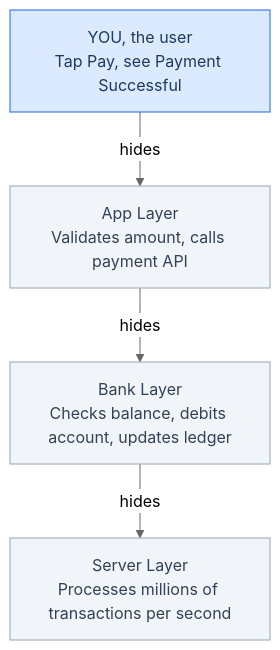
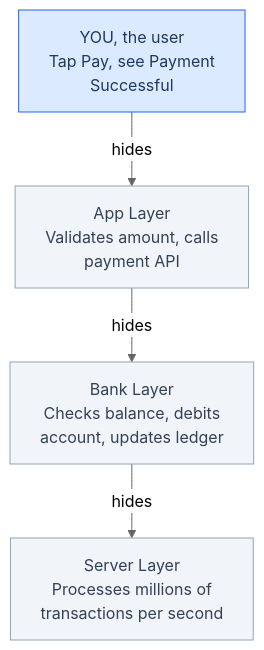
Before and after one commit to VishnuKumpati/Python-foundations: the third of 5 diagrams in modules/m1-computational-thinking/unit-m1-2-core-computational-thinking-skills.md, drawn with Mermaid (neutral theme). The commit also changed other lines of this file, not shown here.

Commit message:
Update formatting in computational thinking skills document

````diff
--- a/modules/m1-computational-thinking/unit-m1-2-core-computational-thinking-skills.md
+++ b/modules/m1-computational-thinking/unit-m1-2-core-computational-thinking-skills.md
@@ -87,16 +87,16 @@
 ```mermaid
 flowchart TD
-    U["YOU, the user<br/>Tap Pay, see Payment Successful"]
-    A["App Layer<br/>Validates amount, calls payment API"]
-    B["Bank Layer<br/>Checks balance, debits account, updates ledger"]
-    S["Server Layer<br/>Processes millions of transactions per second"]
+    U["YOU, the user<br/>Tap Pay, see Payment \n Successful"]
+    A["App Layer<br/>Validates amount, calls\n payment API"]
+    B["Bank Layer<br/>Checks balance, debits  \n account,  updates ledger"]
+    S["Server Layer<br/>Processes millions of   \n transactions per second"]
 
     U -->|hides| A
     A -->|hides| B
     B -->|hides| S
 
     classDef seen fill:#dbeafe,stroke:#2563eb,color:#1e3a5f
     classDef unseen fill:#f1f5f9,stroke:#94a3b8,color:#334155
     class U seen
     class A,B,S unseen
 ```
````
